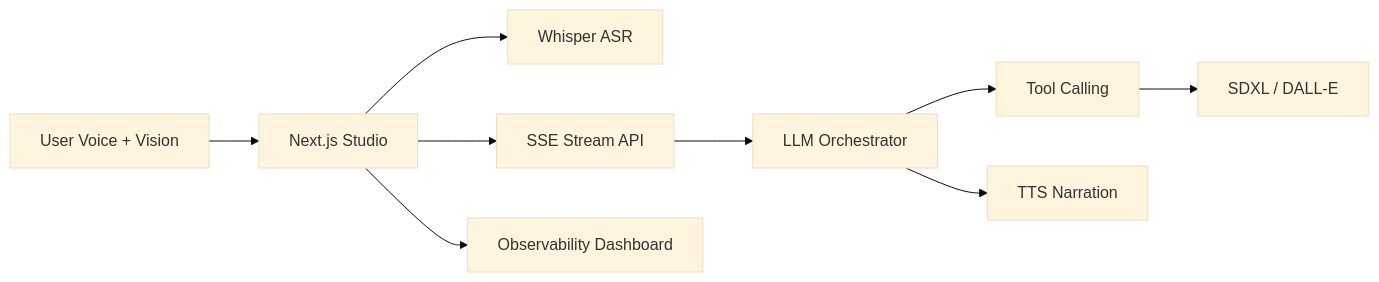
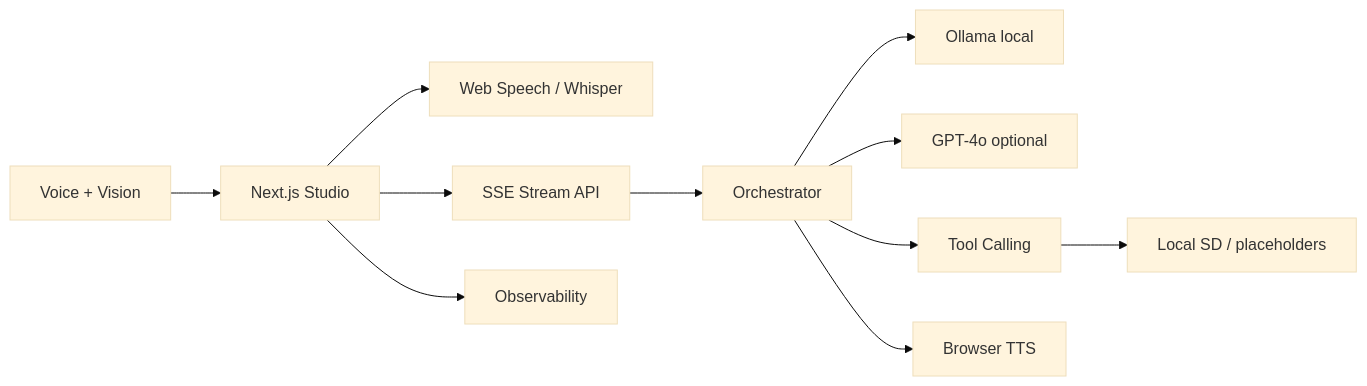
The diagram in README.md (jahidbappi/iris), drawn with Mermaid (base theme) before and after one commit. The commit also changed other lines of this file and 12 other files, not shown here.

First line of the commit message:
Add best-in-class local OSS stack via Ollama.

````diff
--- a/README.md
+++ b/README.md
@@ -22,11 +40,13 @@
 ```mermaid
 flowchart LR
-  User[User Voice + Vision] --> Web[Next.js Studio]
-  Web --> ASR[Whisper ASR]
-  Web --> Stream[SSE Stream API]
-  Stream --> Orch[LLM Orchestrator]
+  User[Voice + Vision] --> Studio[Next.js Studio]
+  Studio --> ASR[Web Speech / Whisper]
+  Studio --> SSE[SSE Stream API]
+  SSE --> Orch[Orchestrator]
+  Orch --> Ollama[Ollama local]
+  Orch --> OpenAI[GPT-4o optional]
   Orch --> Tools[Tool Calling]
-  Tools --> ImageGen[SDXL / DALL-E]
-  Orch --> TTS[TTS Narration]
-  Web --> Obs[Observability Dashboard]
+  Tools --> ImageGen[Local SD / placeholders]
+  Orch --> TTS[Browser TTS]
+  Studio --> Obs[Observability]
 ```
````
